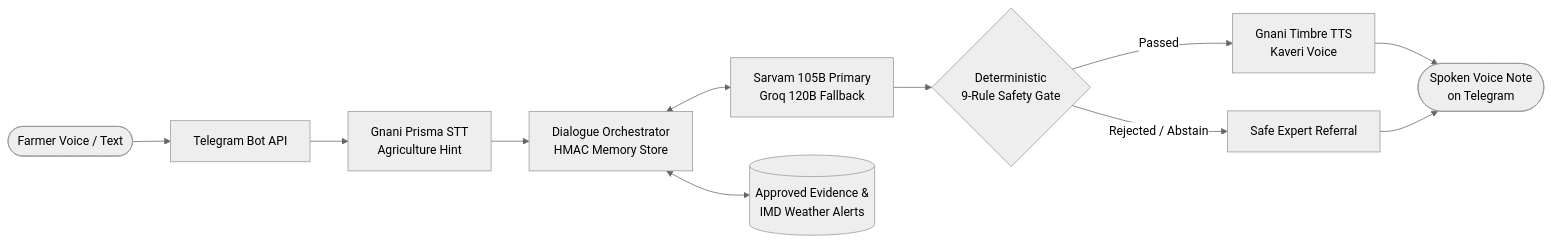
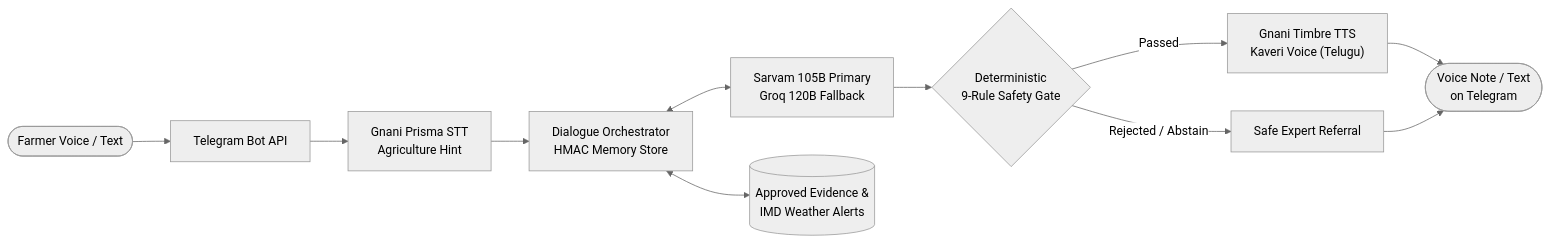
The diagram in README.md (Siddhartha23i/KrishiVaani), drawn with Mermaid (neutral theme) before and after one commit. The commit also changed other lines of this file and 1 other file, not shown here.

````diff
--- a/README.md
+++ b/README.md
@@ -26,12 +59,12 @@
 ```mermaid
 flowchart LR
     Farmer(["Farmer Voice / Text"]) --> Bot["Telegram Bot API"]
     Bot --> STT["Gnani Prisma STT<br/>Agriculture Hint"]
     STT --> Orch["Dialogue Orchestrator<br/>HMAC Memory Store"]
     Orch <--> LLM["Sarvam 105B Primary<br/>Groq 120B Fallback"]
     Orch <--> Data[("Approved Evidence &<br/>IMD Weather Alerts")]
     LLM --> Safety{"Deterministic<br/>9-Rule Safety Gate"}
-    Safety -- Passed --> TTS["Gnani Timbre TTS<br/>Kaveri Voice"]
+    Safety -- Passed --> TTS["Gnani Timbre TTS<br/>Kaveri Voice (Telugu)"]
     Safety -- Rejected / Abstain --> Ref["Safe Expert Referral"]
-    TTS & Ref --> Reply(["Spoken Voice Note<br/>on Telegram"])
+    TTS & Ref --> Reply(["Voice Note / Text<br/>on Telegram"])
 ```
````
